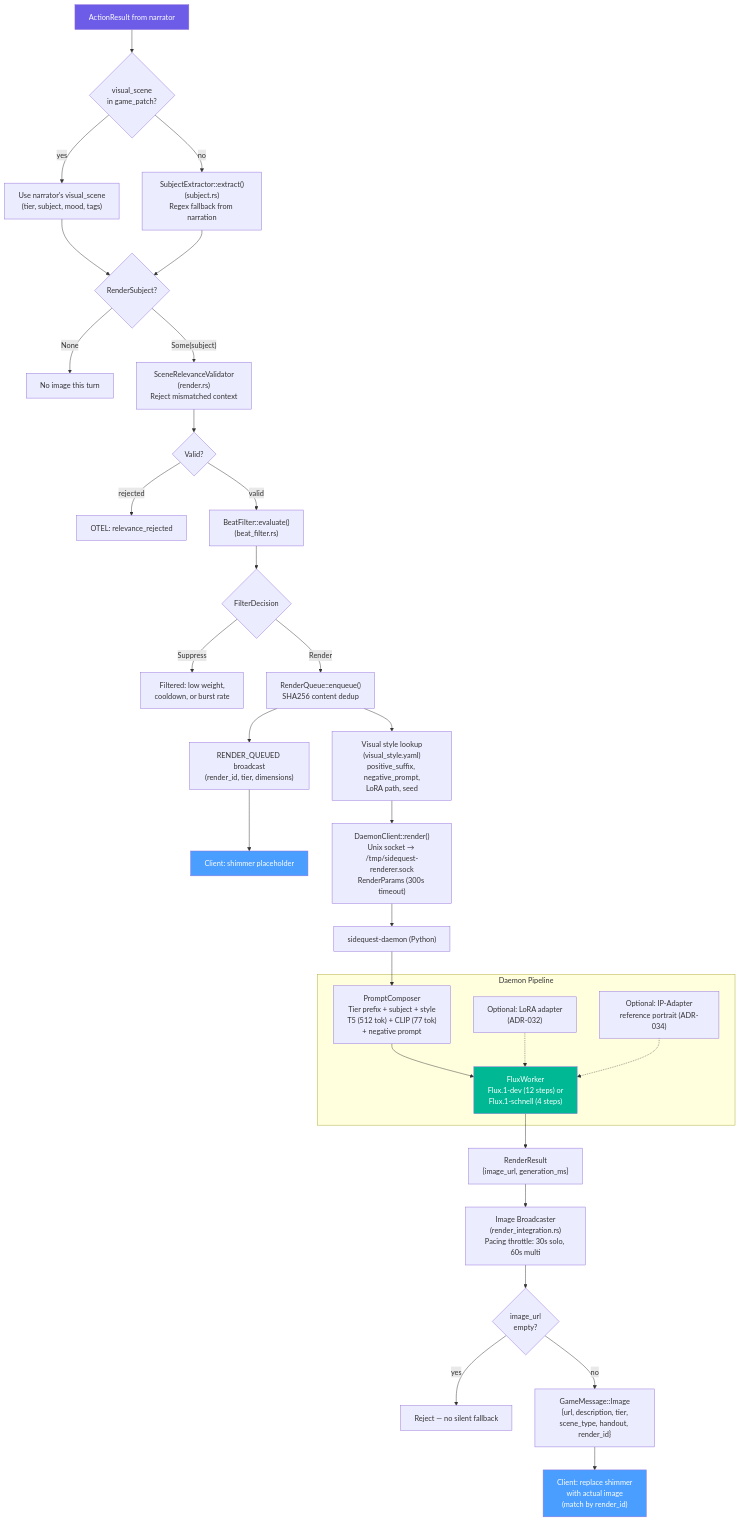
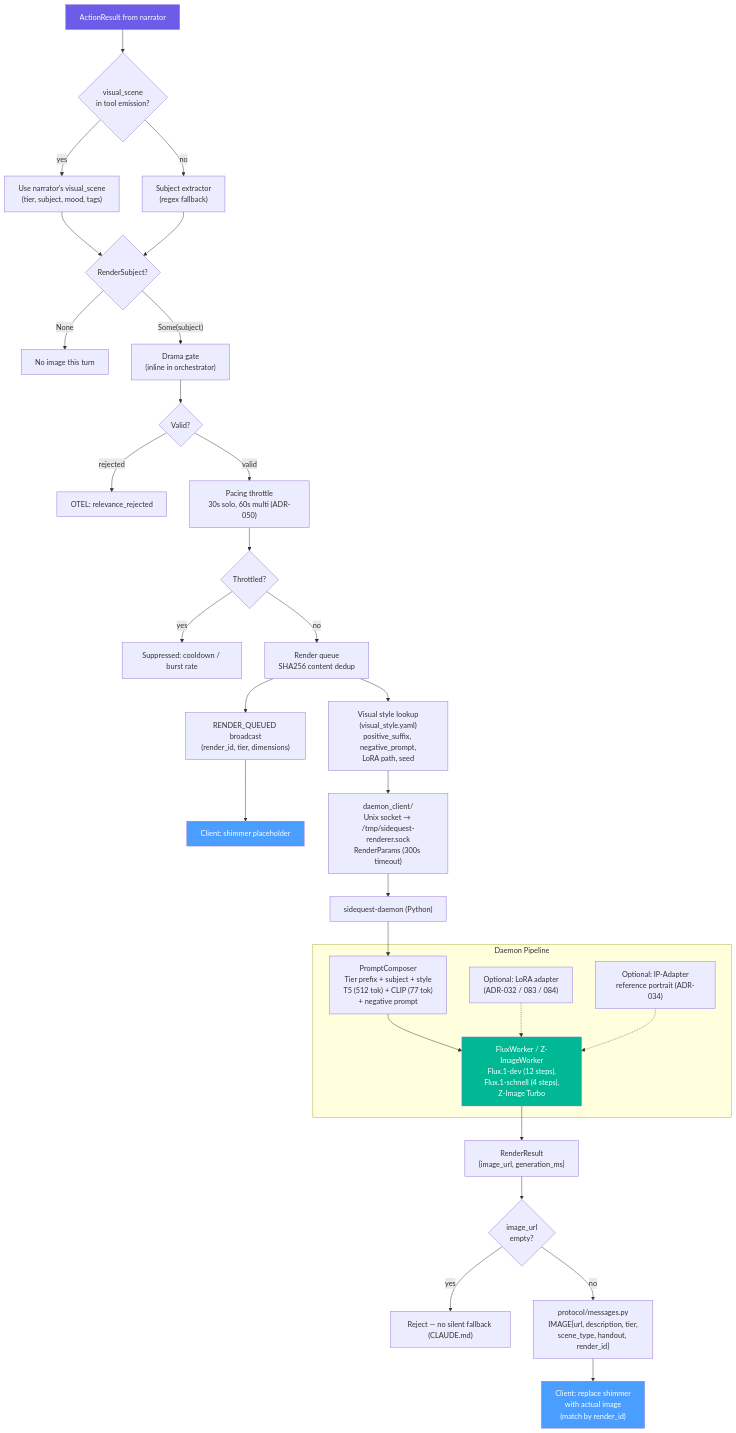
One commit to slabgorb/sidequest changed the third of 15 diagrams in docs/wiring-diagrams.md. Above: the diagram before and after it, drawn with Mermaid. The commit also changed other lines of this file and 4 other files, not shown here.

````diff
--- a/docs/wiring-diagrams.md
+++ b/docs/wiring-diagrams.md
@@ -185,50 +192,49 @@
 ```mermaid
 flowchart TD
-    A["ActionResult from narrator"] --> B{"visual_scene<br/>in game_patch?"}
+    A["ActionResult from narrator"] --> B{"visual_scene<br/>in tool emission?"}
     B -->|"yes"| C["Use narrator's visual_scene<br/>(tier, subject, mood, tags)"]
-    B -->|"no"| D["SubjectExtractor::extract()<br/>(subject.rs)<br/>Regex fallback from narration"]
+    B -->|"no"| D["Subject extractor<br/>(regex fallback)"]
     C & D --> E{"RenderSubject?"}
     E -->|"None"| Z1["No image this turn"]
-    E -->|"Some(subject)"| F["SceneRelevanceValidator<br/>(render.rs)<br/>Reject mismatched context"]
+    E -->|"Some(subject)"| F["Drama gate<br/>(inline in orchestrator)"]
 
     F --> G{"Valid?"}
     G -->|"rejected"| Z3["OTEL: relevance_rejected"]
-    G -->|"valid"| H["BeatFilter::evaluate()<br/>(beat_filter.rs)"]
+    G -->|"valid"| H["Pacing throttle<br/>30s solo, 60s multi (ADR-050)"]
 
-    H --> I{"FilterDecision"}
-    I -->|"Suppress"| Z2["Filtered: low weight,<br/>cooldown, or burst rate"]
-    I -->|"Render"| J["RenderQueue::enqueue()<br/>SHA256 content dedup"]
+    H --> I{"Throttled?"}
+    I -->|"yes"| Z2["Suppressed: cooldown / burst rate"]
+    I -->|"no"| J["Render queue<br/>SHA256 content dedup"]
 
     J --> K["RENDER_QUEUED broadcast<br/>(render_id, tier, dimensions)"]
     K --> K2["Client: shimmer placeholder"]
 
     J --> L["Visual style lookup<br/>(visual_style.yaml)<br/>positive_suffix, negative_prompt,<br/>LoRA path, seed"]
-    L --> M["DaemonClient::render()<br/>Unix socket → /tmp/sidequest-renderer.sock<br/>RenderParams (300s timeout)"]
+    L --> M["daemon_client/<br/>Unix socket → /tmp/sidequest-renderer.sock<br/>RenderParams (300s timeout)"]
 
     M --> N["sidequest-daemon (Python)"]
 
     subgraph DAEMON["Daemon Pipeline"]
         N1["PromptComposer<br/>Tier prefix + subject + style<br/>T5 (512 tok) + CLIP (77 tok)<br/>+ negative prompt"]
-        N2["FluxWorker<br/>Flux.1-dev (12 steps) or<br/>Flux.1-schnell (4 steps)"]
-        N3["Optional: LoRA adapter<br/>(ADR-032)"]
+        N2["FluxWorker / Z-ImageWorker<br/>Flux.1-dev (12 steps),<br/>Flux.1-schnell (4 steps),<br/>Z-Image Turbo"]
+        N3["Optional: LoRA adapter<br/>(ADR-032 / 083 / 084)"]
         N4["Optional: IP-Adapter<br/>reference portrait (ADR-034)"]
         N1 --> N2
         N3 -.-> N2
         N4 -.-> N2
     end
     N --> N1
 
     N2 --> O["RenderResult<br/>{image_url, generation_ms}"]
 
-    O --> P["Image Broadcaster<br/>(render_integration.rs)<br/>Pacing throttle: 30s solo, 60s multi"]
-    P --> Q{"image_url<br/>empty?"}
-    Q -->|"yes"| Z4["Reject — no silent fallback"]
-    Q -->|"no"| R["GameMessage::Image<br/>{url, description, tier,<br/>scene_type, handout, render_id}"]
+    O --> Q{"image_url<br/>empty?"}
+    Q -->|"yes"| Z4["Reject — no silent fallback (CLAUDE.md)"]
+    Q -->|"no"| R["protocol/messages.py<br/>IMAGE{url, description, tier,<br/>scene_type, handout, render_id}"]
 
     R --> S["Client: replace shimmer<br/>with actual image<br/>(match by render_id)"]
 
     style A fill:#6c5ce7,color:#fff
     style S fill:#4a9eff,color:#fff
     style K2 fill:#4a9eff,color:#fff
     style N2 fill:#00b894,color:#fff
 ```
````
